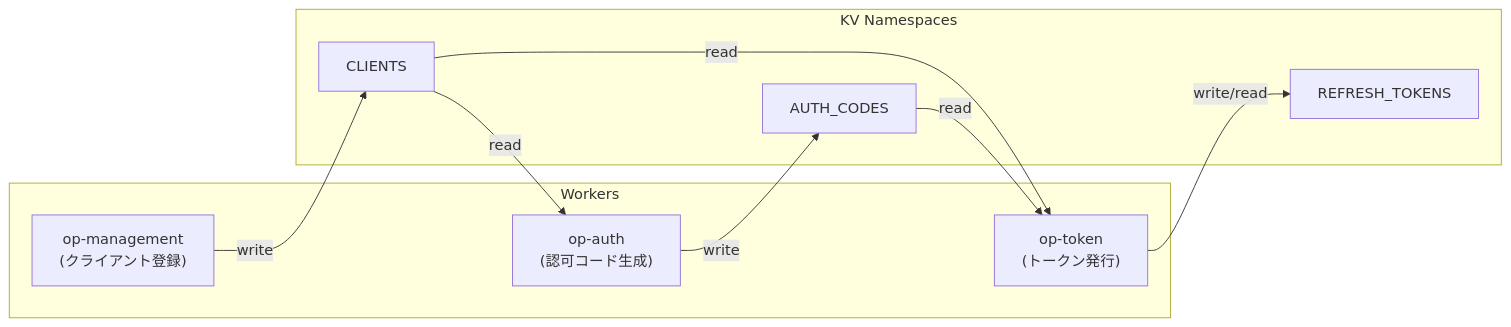
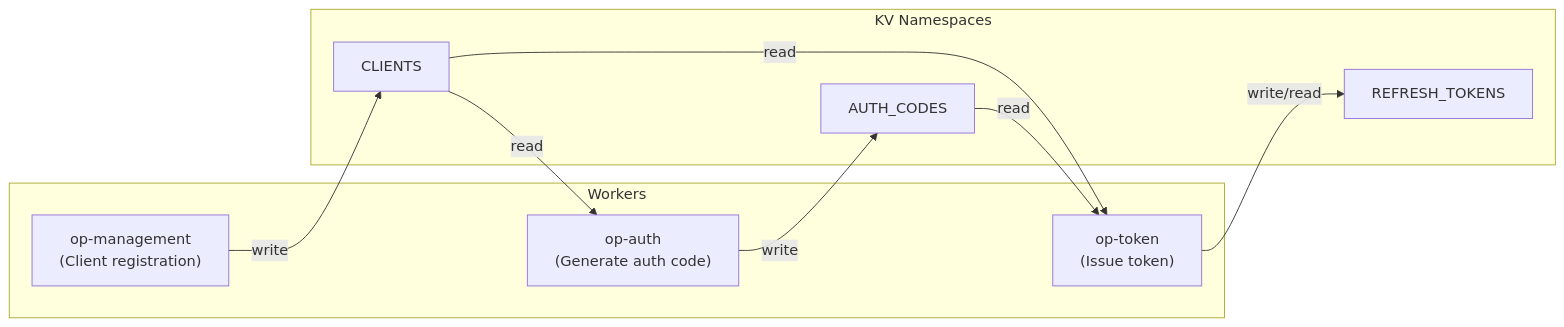
Before and after one commit to sgrastar/authrim: the second of 2 diagrams in docs/architecture/workers.md, drawn with Mermaid. The commit also changed other lines of this file and 23 other files, not shown here.

First line of the commit message:
docs: Translate all Japanese documentation to English and convert ASCII diagrams to Mermaid

````diff
--- a/docs/architecture/workers.md
+++ b/docs/architecture/workers.md
@@ -123,21 +123,21 @@
 ```mermaid
 flowchart LR
     subgraph Workers
-        Auth["op-auth<br/>(認可コード生成)"]
-        Mgmt["op-management<br/>(クライアント登録)"]
-        Token["op-token<br/>(トークン発行)"]
+        Auth["op-auth<br/>(Generate auth code)"]
+        Mgmt["op-management<br/>(Client registration)"]
+        Token["op-token<br/>(Issue token)"]
     end
 
     subgraph KV["KV Namespaces"]
         AC[AUTH_CODES]
         CL[CLIENTS]
         RT[REFRESH_TOKENS]
     end
 
     Auth -->|write| AC
     AC -->|read| Token
     Mgmt -->|write| CL
     CL -->|read| Auth
     CL -->|read| Token
     Token -->|write/read| RT
 ```
````
